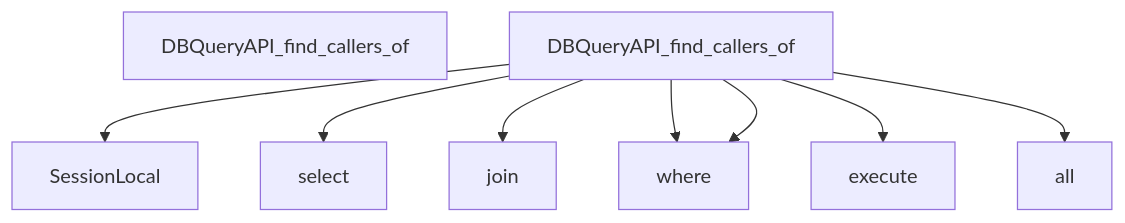
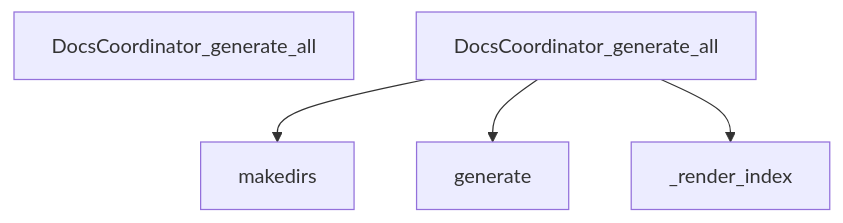
Before and after one commit to hazalkoom/DECODEx01: diagram 13 of 27 in docs/DATA_FLOW.md, drawn with Mermaid. The commit also changed other lines of this file and 8 other files, not shown here.

````diff
--- a/docs/DATA_FLOW.md
+++ b/docs/DATA_FLOW.md
@@ -531,33 +537,17 @@
 ```mermaid
 graph TD
-    Start[DBQueryAPI_find_callers_of]
+    Start[DocsCoordinator_generate_all]
 
 
-    DBQueryAPI_find_callers_of --> SessionLocal
+    DocsCoordinator_generate_all --> makedirs
 
 
 
-    DBQueryAPI_find_callers_of --> select
+    DocsCoordinator_generate_all --> generate
 
 
 
-    DBQueryAPI_find_callers_of --> join
-
-
-
-    DBQueryAPI_find_callers_of --> where
-
-
-
-    DBQueryAPI_find_callers_of --> where
-
-
-
-    DBQueryAPI_find_callers_of --> execute
-
-
-
-    DBQueryAPI_find_callers_of --> all
+    DocsCoordinator_generate_all --> _render_index
 
 
 ```
````
